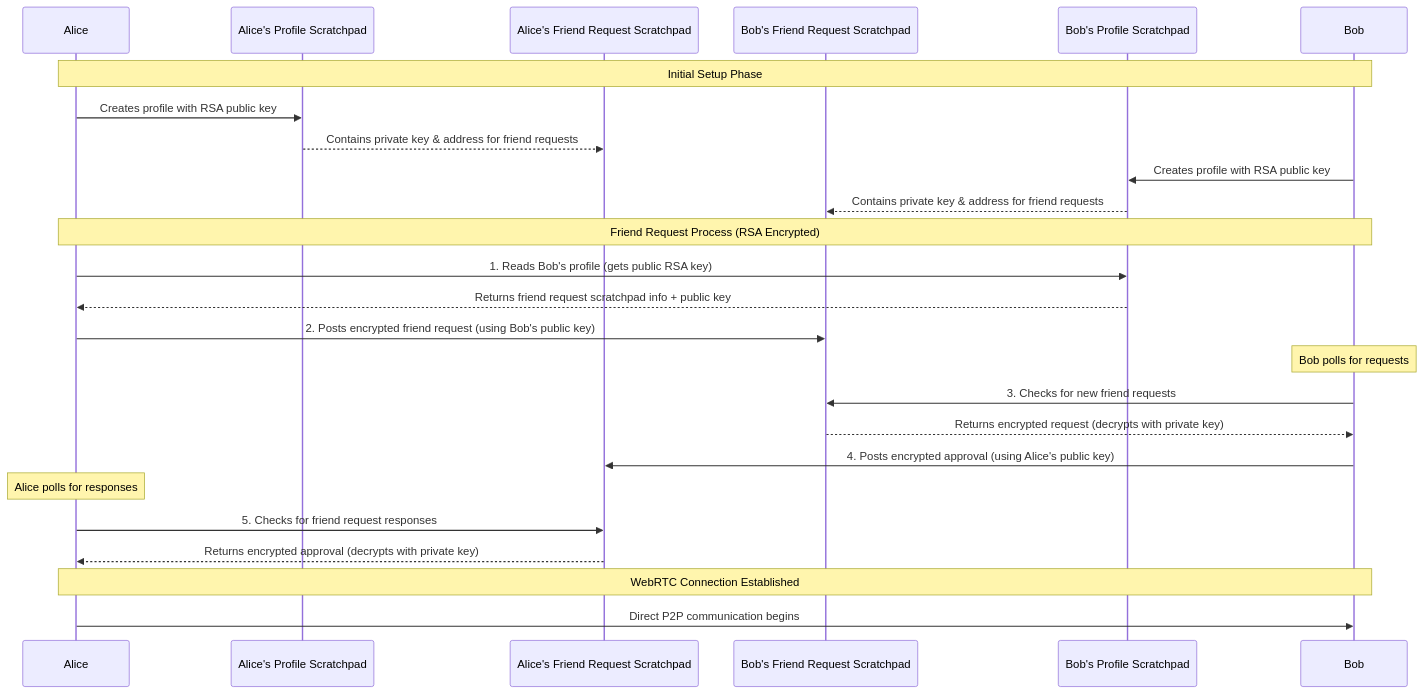
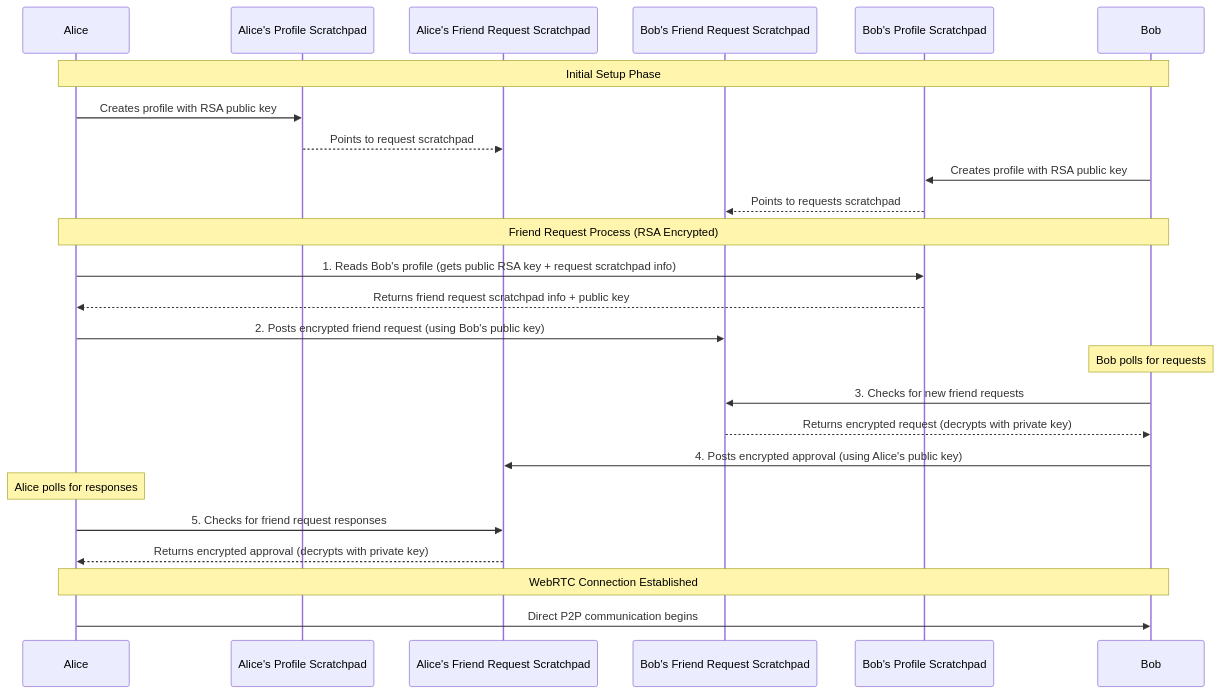
One commit to rid-dim/friends changed the second of 4 diagrams in README.md. Above: the diagram before and after it, drawn with Mermaid. The commit also changed other lines of this file, not shown here.

````diff
--- a/README.md
+++ b/README.md
@@ -89,32 +89,32 @@
 ```mermaid
 sequenceDiagram
     participant A as Alice
     participant AS as Alice's Profile Scratchpad
     participant AFS as Alice's Friend Request Scratchpad
     participant BFS as Bob's Friend Request Scratchpad
     participant BS as Bob's Profile Scratchpad
     participant B as Bob
     
     Note over A,B: Initial Setup Phase
     A->>AS: Creates profile with RSA public key
-    AS-->>AFS: Contains private key & address for friend requests
+    AS-->>AFS: Points to request scratchpad
     B->>BS: Creates profile with RSA public key
-    BS-->>BFS: Contains private key & address for friend requests
+    BS-->>BFS: Points to requests scratchpad
     
     Note over A,B: Friend Request Process (RSA Encrypted)
-    A->>BS: 1. Reads Bob's profile (gets public RSA key)
+    A->>BS: 1. Reads Bob's profile (gets public RSA key + request scratchpad info)
     BS-->>A: Returns friend request scratchpad info + public key
     A->>BFS: 2. Posts encrypted friend request (using Bob's public key)
     
     Note over B: Bob polls for requests
     B->>BFS: 3. Checks for new friend requests
     BFS-->>B: Returns encrypted request (decrypts with private key)
     B->>AFS: 4. Posts encrypted approval (using Alice's public key)
     
     Note over A: Alice polls for responses
     A->>AFS: 5. Checks for friend request responses
     AFS-->>A: Returns encrypted approval (decrypts with private key)
     
     Note over A,B: WebRTC Connection Established
     A->>B: Direct P2P communication begins
 ```
````
